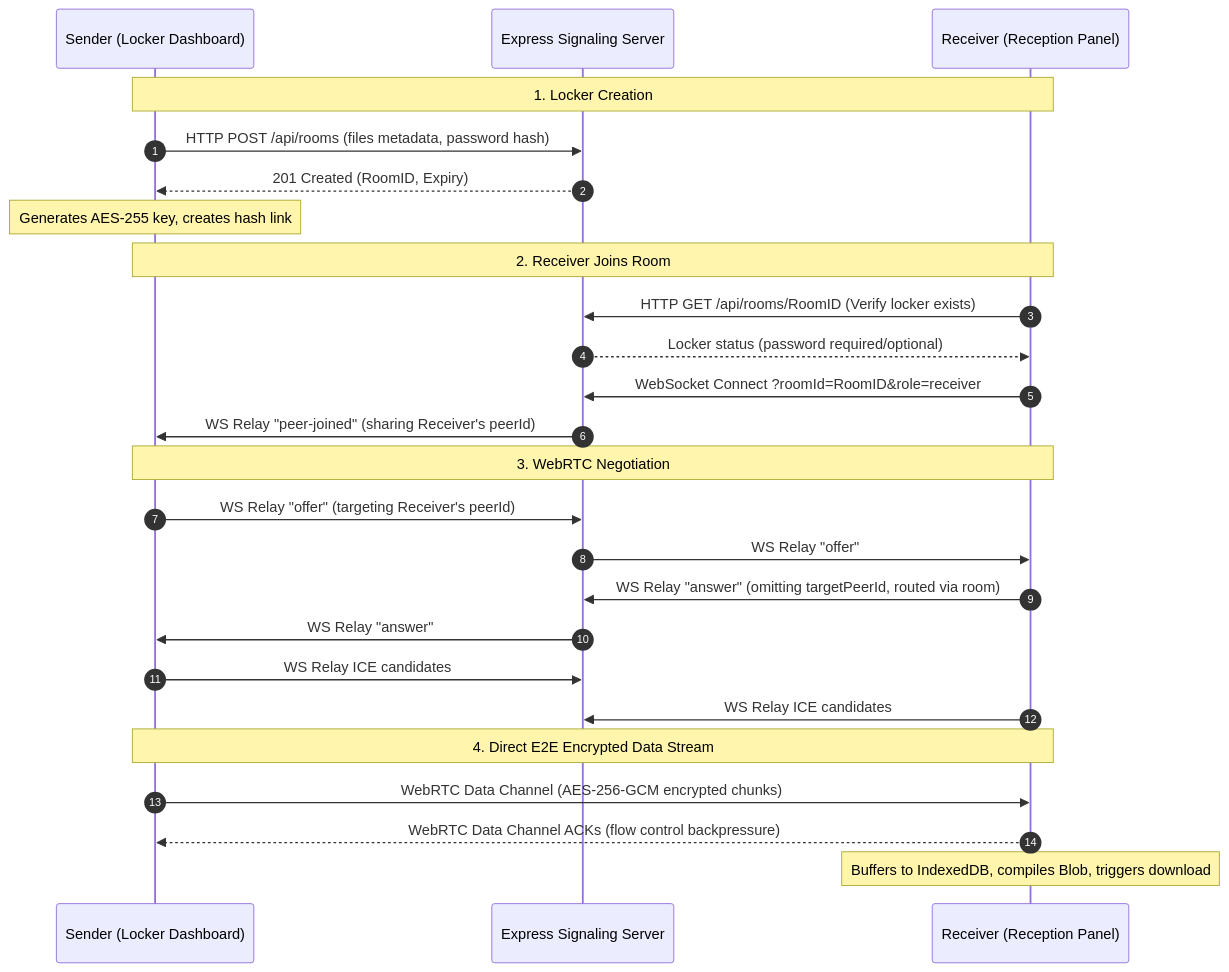
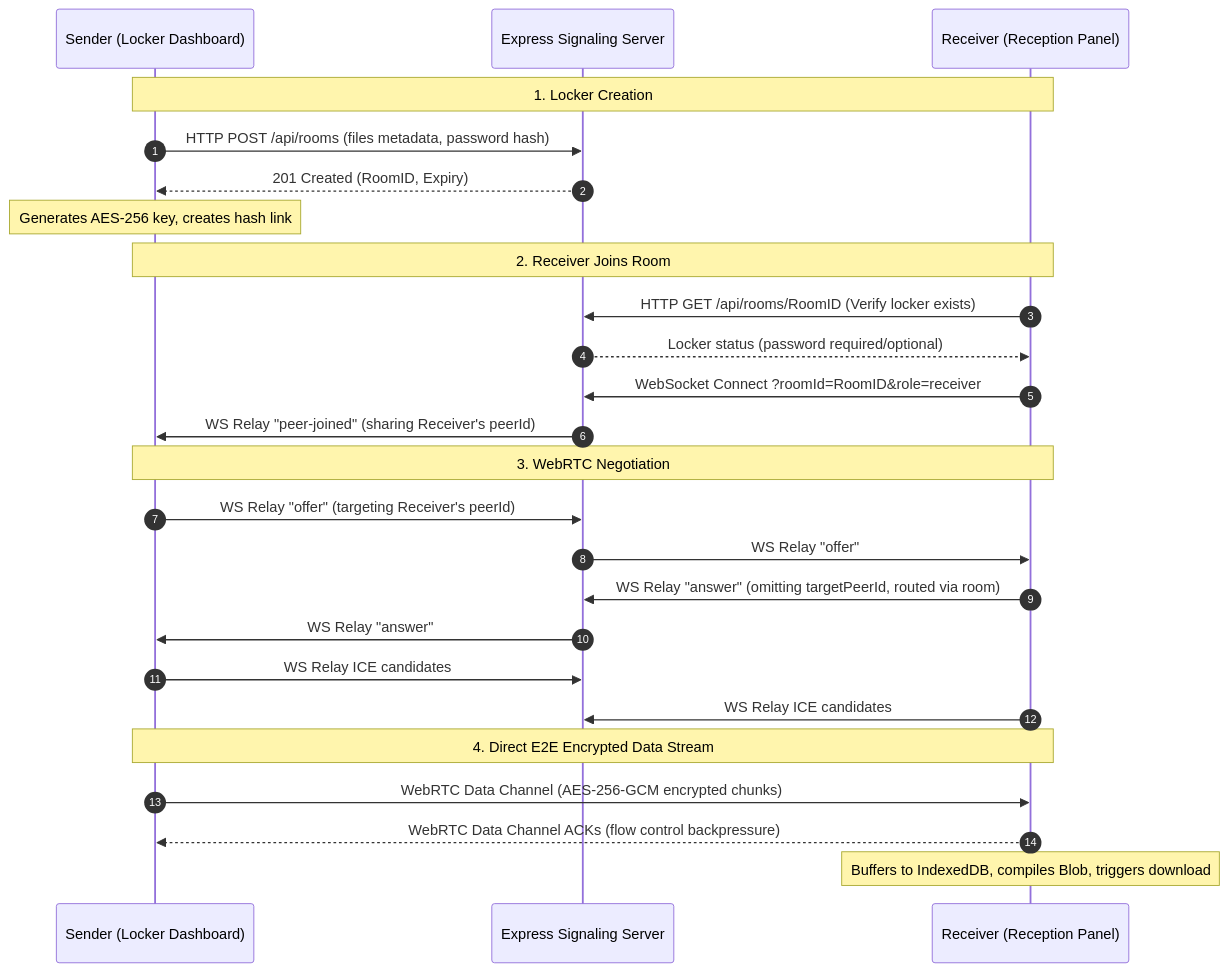
Before and after one commit to zihaaaad/SendFiles: the diagram in README.md, drawn with Mermaid.

Commit message:
Fix key size typo in systems architecture diagram inside README

````diff
--- a/README.md
+++ b/README.md
@@ -34,31 +34,31 @@
 ```mermaid
 sequenceDiagram
     autonumber
     participant Sender as Sender (Locker Dashboard)
     participant Server as Express Signaling Server
     participant Receiver as Receiver (Reception Panel)
 
     Note over Sender,Receiver: 1. Locker Creation
     Sender->>Server: HTTP POST /api/rooms (files metadata, password hash)
     Server-->>Sender: 201 Created (RoomID, Expiry)
-    Note over Sender: Generates AES-255 key, creates hash link
+    Note over Sender: Generates AES-256 key, creates hash link
     
     Note over Sender,Receiver: 2. Receiver Joins Room
     Receiver->>Server: HTTP GET /api/rooms/RoomID (Verify locker exists)
     Server-->>Receiver: Locker status (password required/optional)
     Receiver->>Server: WebSocket Connect ?roomId=RoomID&role=receiver
     Server->>Sender: WS Relay "peer-joined" (sharing Receiver's peerId)
     
     Note over Sender,Receiver: 3. WebRTC Negotiation
     Sender->>Server: WS Relay "offer" (targeting Receiver's peerId)
     Server->>Receiver: WS Relay "offer"
     Receiver->>Server: WS Relay "answer" (omitting targetPeerId, routed via room)
     Server->>Sender: WS Relay "answer"
     Sender->>Server: WS Relay ICE candidates
     Receiver->>Server: WS Relay ICE candidates
     
     Note over Sender,Receiver: 4. Direct E2E Encrypted Data Stream
     Sender->>Receiver: WebRTC Data Channel (AES-256-GCM encrypted chunks)
     Receiver-->>Sender: WebRTC Data Channel ACKs (flow control backpressure)
     Note over Receiver: Buffers to IndexedDB, compiles Blob, triggers download
 ```
````
